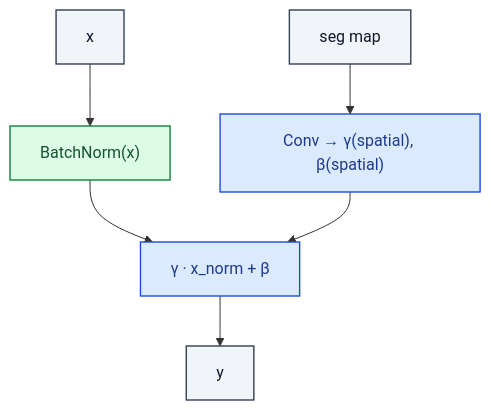
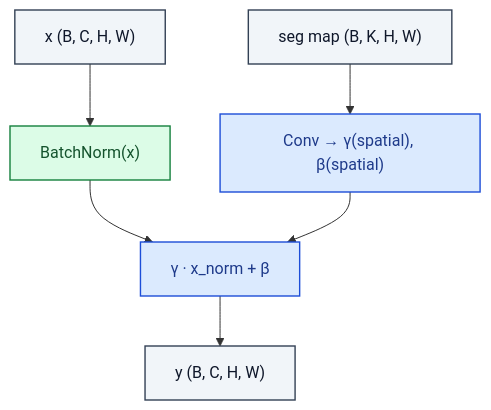
One commit to RealityShifts/Srivastava-book-of-Blocks-diagrams changed the diagram in core/SPADE.md. Above: the diagram before and after it, drawn with Mermaid. The commit also changed 123 other files, not shown here.

````diff
--- a/core/SPADE.md
+++ b/core/SPADE.md
@@ -7,23 +7,24 @@
 ```mermaid
 flowchart TD
-    n0_0["x"]:::io
-    n0_1["seg map"]:::io
+    n0_0["x  (B, C, H, W)"]:::io
+    n0_1["seg map  (B, K, H, W)"]:::io
     n1_0["BatchNorm(x)"]:::norm
     n1_1["Conv → γ(spatial), β(spatial)"]:::op
     n2_0["γ · x_norm + β"]:::op
-    n3_0["y"]:::io
+    n3_0["y  (B, C, H, W)"]:::io
     n0_0 --> n1_0
     n0_1 --> n1_1
     n1_0 --> n2_0
     n1_1 --> n2_0
     n2_0 --> n3_0
     classDef io fill:#f1f5f9,stroke:#334155,stroke-width:1.4px,color:#0f172a
     classDef op fill:#dbeafe,stroke:#1d4ed8,stroke-width:1.4px,color:#1e3a8a
     classDef norm fill:#dcfce7,stroke:#15803d,stroke-width:1.4px,color:#14532d
     classDef act fill:#ffedd5,stroke:#c2410c,stroke-width:1.4px,color:#7c2d12
     classDef attn fill:#ede9fe,stroke:#6d28d9,stroke-width:1.4px,color:#4c1d95
     classDef merge fill:#fef3c7,stroke:#b45309,stroke-width:1.4px,color:#78350f
     classDef emb fill:#fef9c3,stroke:#a16207,stroke-width:1.4px,color:#713f12
     classDef loss fill:#fee2e2,stroke:#b91c1c,stroke-width:1.4px,color:#7f1d1d
     classDef ctrl fill:#f5f5f4,stroke:#52525b,stroke-width:1.4px,color:#27272a
+    classDef ref fill:#e0f2fe,stroke:#0369a1,stroke-width:2px,color:#0c4a6e,stroke-dasharray: 4 2
 ```
````
